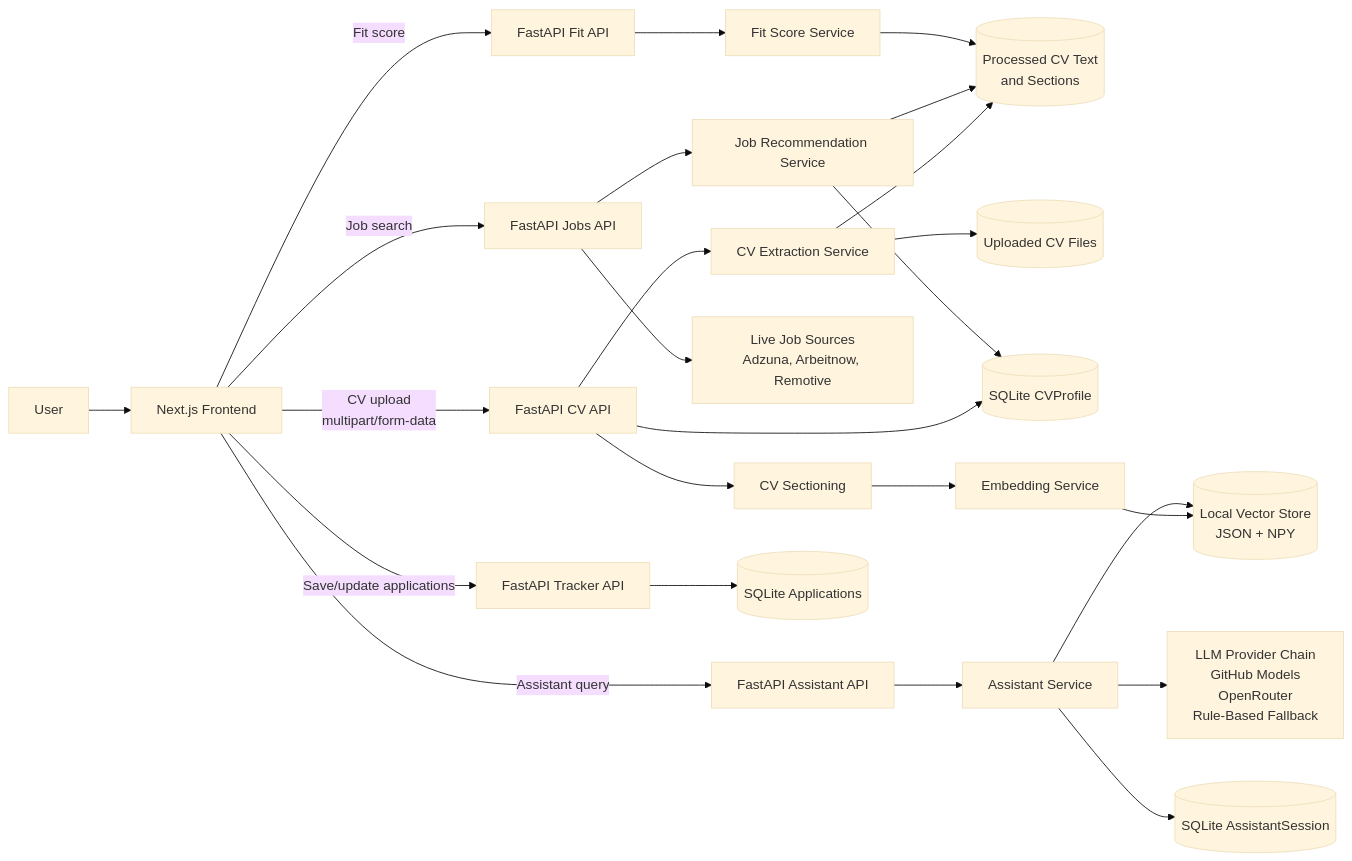
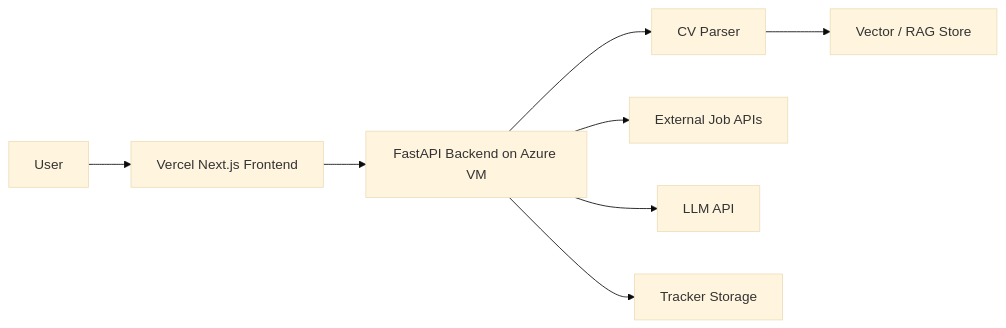
One commit to fuad13579/CareerPilot-StackFellas changed the first of 3 diagrams in docs/architecture.md. Above: the diagram before and after it, drawn with Mermaid (base theme). The commit also changed other lines of this file and 18 other files, not shown here.

Commit message:
`docs: add judge-ready setup, architecture, deployment, and evaluation guides`

````diff
--- a/docs/architecture.md
+++ b/docs/architecture.md
@@ -10,33 +15,19 @@
 ```mermaid
 flowchart LR
-  User[User] --> FE[Next.js Frontend]
+  User[User]
+  FE[Vercel Next.js Frontend]
+  BE[FastAPI Backend on Azure VM]
+  Parser[CV Parser]
+  Vector[Vector / RAG Store]
+  Jobs[External Job APIs]
+  LLM[LLM API]
+  Tracker[Tracker Storage]
 
-  FE -->|CV upload<br/>multipart/form-data| CVAPI[FastAPI CV API]
-  FE -->|Assistant query| AssistantAPI[FastAPI Assistant API]
-  FE -->|Job search| JobsAPI[FastAPI Jobs API]
-  FE -->|Fit score| FitAPI[FastAPI Fit API]
-  FE -->|Save/update applications| TrackerAPI[FastAPI Tracker API]
-
-  CVAPI --> Extract[CV Extraction Service]
-  Extract --> Processed[(Processed CV Text<br/>and Sections)]
-  Extract --> Uploaded[(Uploaded CV Files)]
-  CVAPI --> CVRows[(SQLite CVProfile)]
-  CVAPI --> Chunk[CV Sectioning]
-  Chunk --> Embed[Embedding Service]
-  Embed --> Vector[(Local Vector Store<br/>JSON + NPY)]
-
-  AssistantAPI --> AssistantService[Assistant Service]
-  AssistantService --> Vector
-  AssistantService --> Provider[LLM Provider Chain<br/>GitHub Models<br/>OpenRouter<br/>Rule-Based Fallback]
-  AssistantService --> Sessions[(SQLite AssistantSession)]
-
-  JobsAPI --> JobSources[Live Job Sources<br/>Adzuna, Arbeitnow, Remotive]
-  JobsAPI --> Recommend[Job Recommendation Service]
-  Recommend --> CVRows
-  Recommend --> Processed
-
-  FitAPI --> FitScore[Fit Score Service]
-  FitScore --> Processed
-
-  TrackerAPI --> Applications[(SQLite Applications)]
+  User --> FE
+  FE --> BE
+  BE --> Parser
+  Parser --> Vector
+  BE --> Jobs
+  BE --> LLM
+  BE --> Tracker
 ```
````
